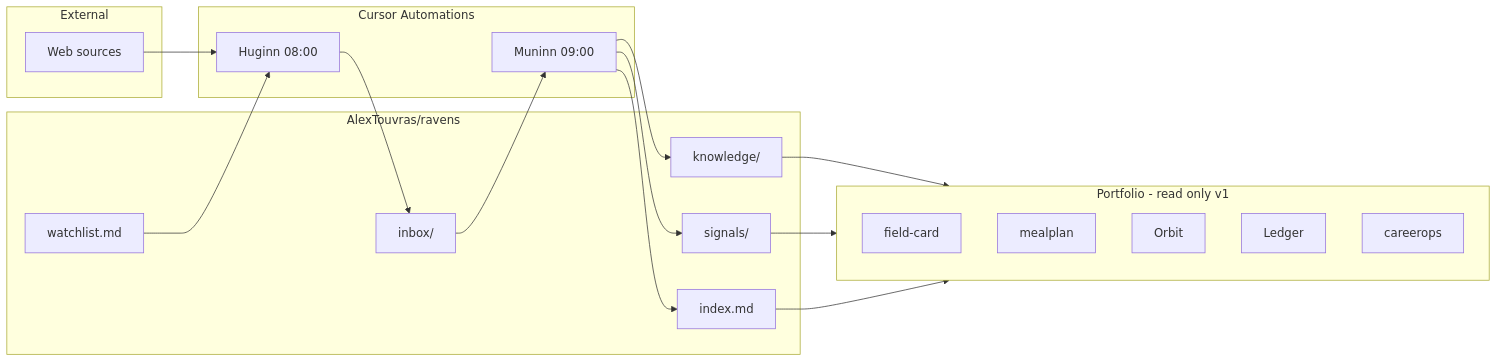
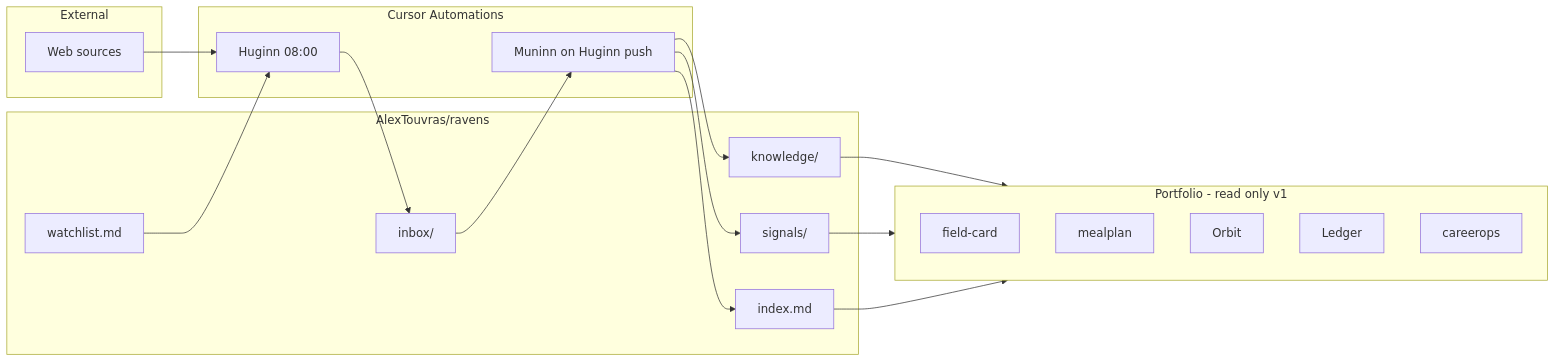
The first of 4 diagrams in docs/architecture/overview.md (AlexTouvras/ravens), drawn with Mermaid before and after one commit. The commit also changed other lines of this file and 6 other files, not shown here.

Commit message:
Trigger Muninn from Huginn landing on main.

````diff
--- a/docs/architecture/overview.md
+++ b/docs/architecture/overview.md
@@ -7,38 +7,38 @@
 ```mermaid
 flowchart LR
   subgraph sources [External]
     Web[Web sources]
   end
 
   subgraph ravens [AlexTouvras/ravens]
     WL[watchlist.md]
     Inbox[inbox/]
     Know[knowledge/]
     Sig[signals/]
     Idx[index.md]
   end
 
   subgraph agents [Cursor Automations]
     H[Huginn 08:00]
-    M[Muninn 09:00]
+    M[Muninn on Huginn push]
   end
 
   subgraph consumers [Portfolio - read only v1]
     FC[field-card]
     MP[mealplan]
     OR[Orbit]
     LD[Ledger]
     CO[careerops]
   end
 
   WL --> H
   Web --> H
   H --> Inbox
   Inbox --> M
   M --> Know
   M --> Sig
   M --> Idx
   Know --> consumers
   Sig --> consumers
   Idx --> consumers
 ```
````
